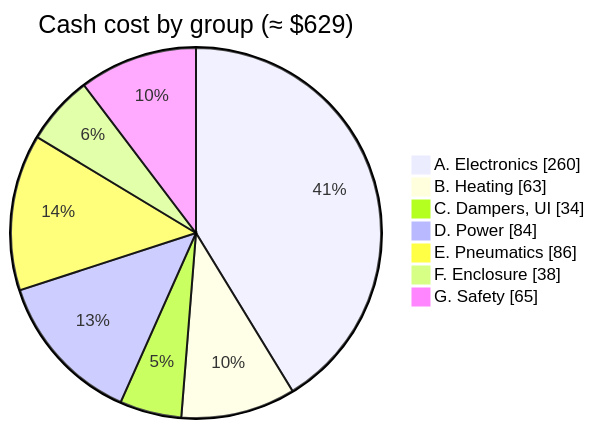
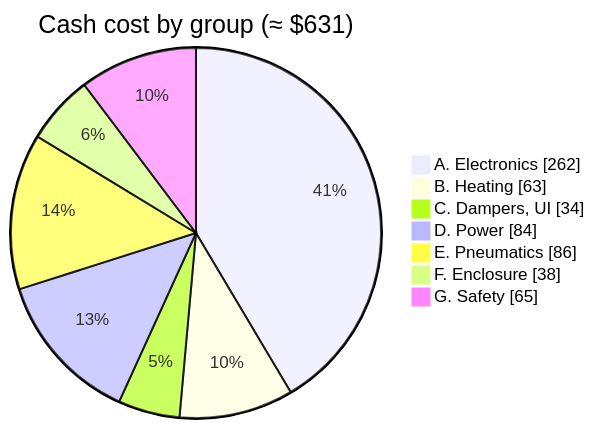
The diagram in docs/03_bill_of_materials.md (BashfulBits/3dp-fleet-exhaust), drawn with Mermaid before and after one commit. The commit also changed other lines of this file and 9 other files, not shown here.

````diff
--- a/docs/03_bill_of_materials.md
+++ b/docs/03_bill_of_materials.md
@@ -28,11 +28,11 @@
 ```mermaid
 pie showData
-  title Cash cost by group (≈ $629)
-  "A. Electronics" : 260
+  title Cash cost by group (≈ $631)
+  "A. Electronics" : 262
   "B. Heating" : 63
   "C. Dampers, UI" : 34
   "D. Power" : 84
   "E. Pneumatics" : 86
   "F. Enclosure" : 38
   "G. Safety" : 65
 ```
````
